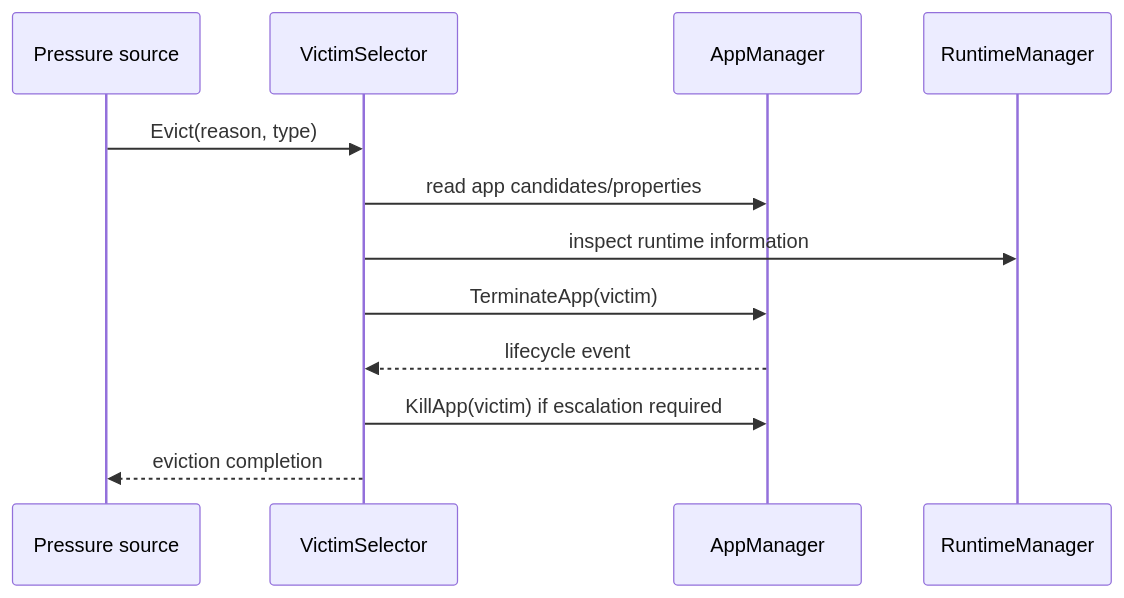
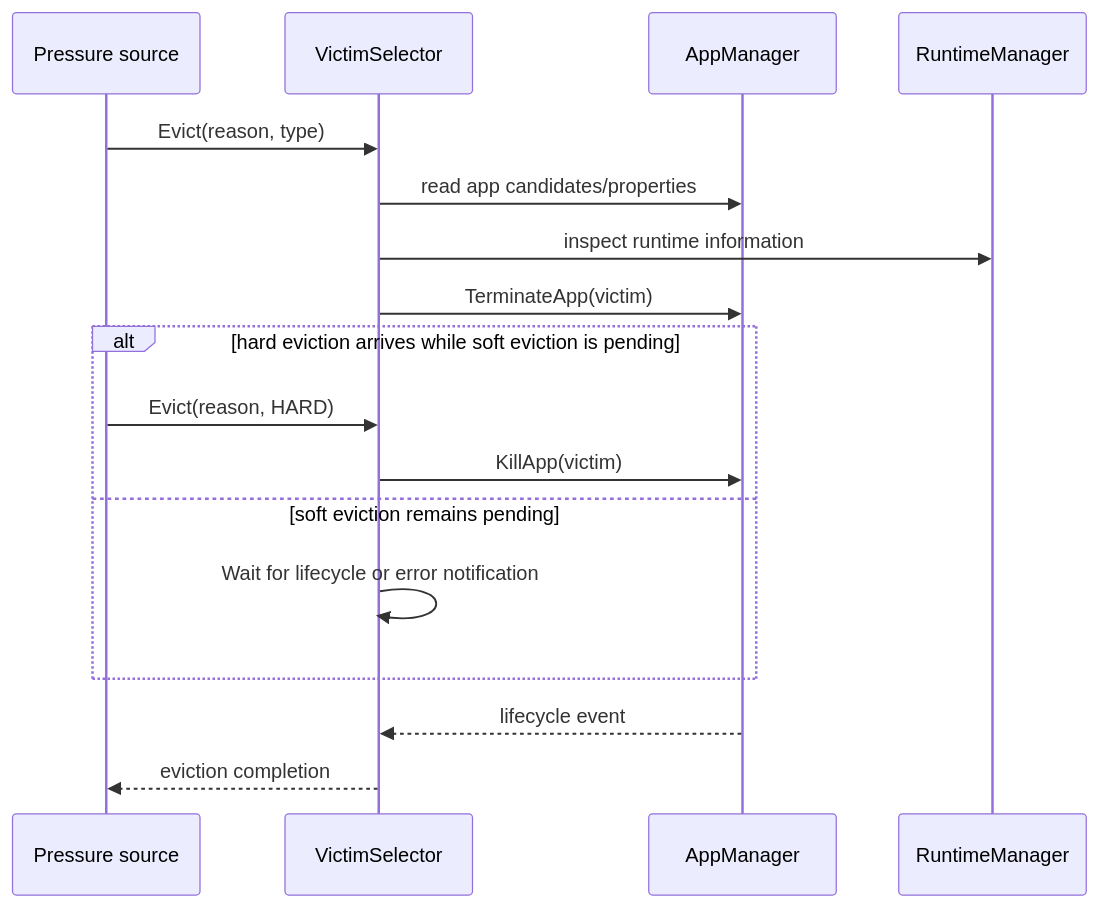
Before and after one commit to rdkcentral/entservices-appmanagers: the second of 4 diagrams in docs/VictimSelector.md, drawn with Mermaid.

Commit message:
Resolved copilot suggestion

````diff
--- a/docs/VictimSelector.md
+++ b/docs/VictimSelector.md
@@ -73,14 +73,19 @@
 ```mermaid
 sequenceDiagram
     participant P as Pressure source
     participant V as VictimSelector
     participant A as AppManager
     participant R as RuntimeManager
     P->>V: Evict(reason, type)
     V->>A: read app candidates/properties
     V->>R: inspect runtime information
     V->>A: TerminateApp(victim)
+    alt hard eviction arrives while soft eviction is pending
+        P->>V: Evict(reason, HARD)
+        V->>A: KillApp(victim)
+    else soft eviction remains pending
+        V->>V: Wait for lifecycle or error notification
+    end
     A-->>V: lifecycle event
-    V->>A: KillApp(victim) if escalation required
     V-->>P: eviction completion
 ```
````
